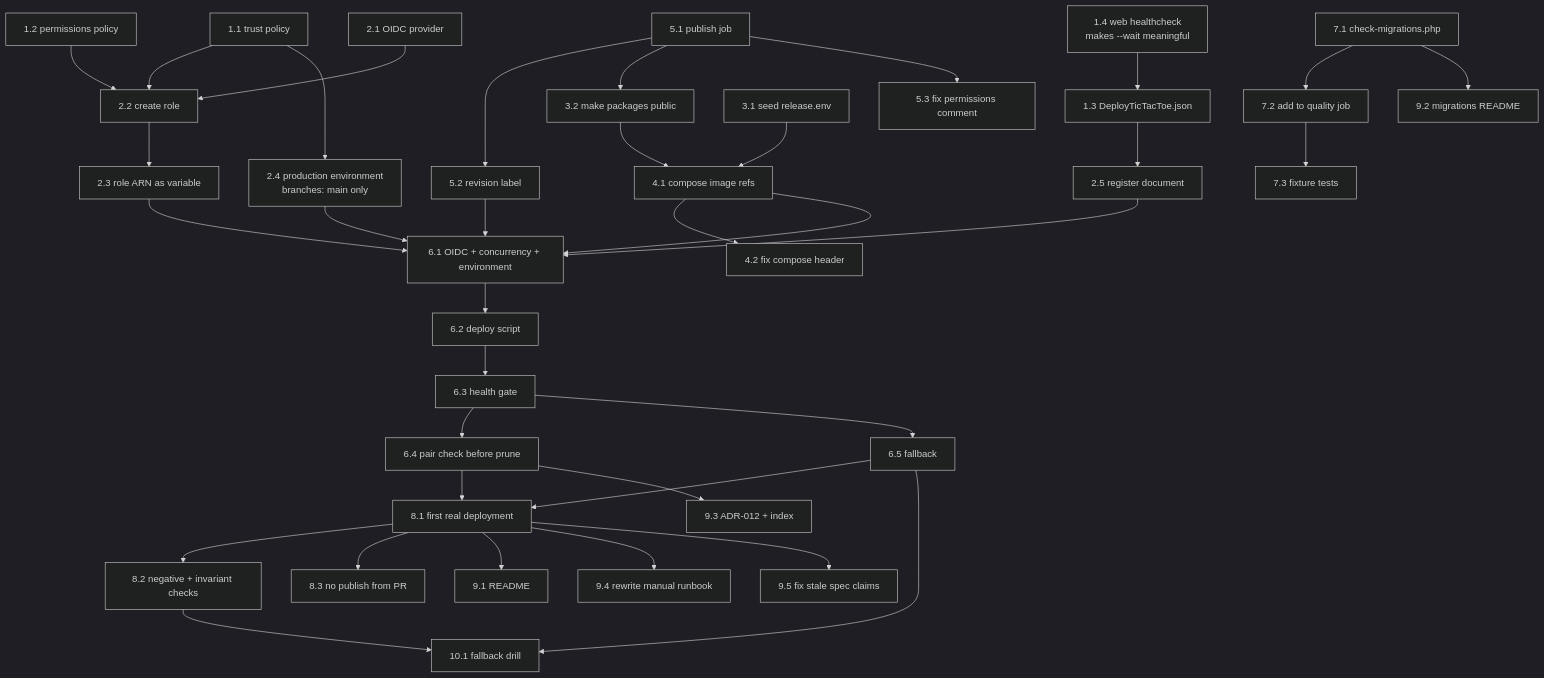
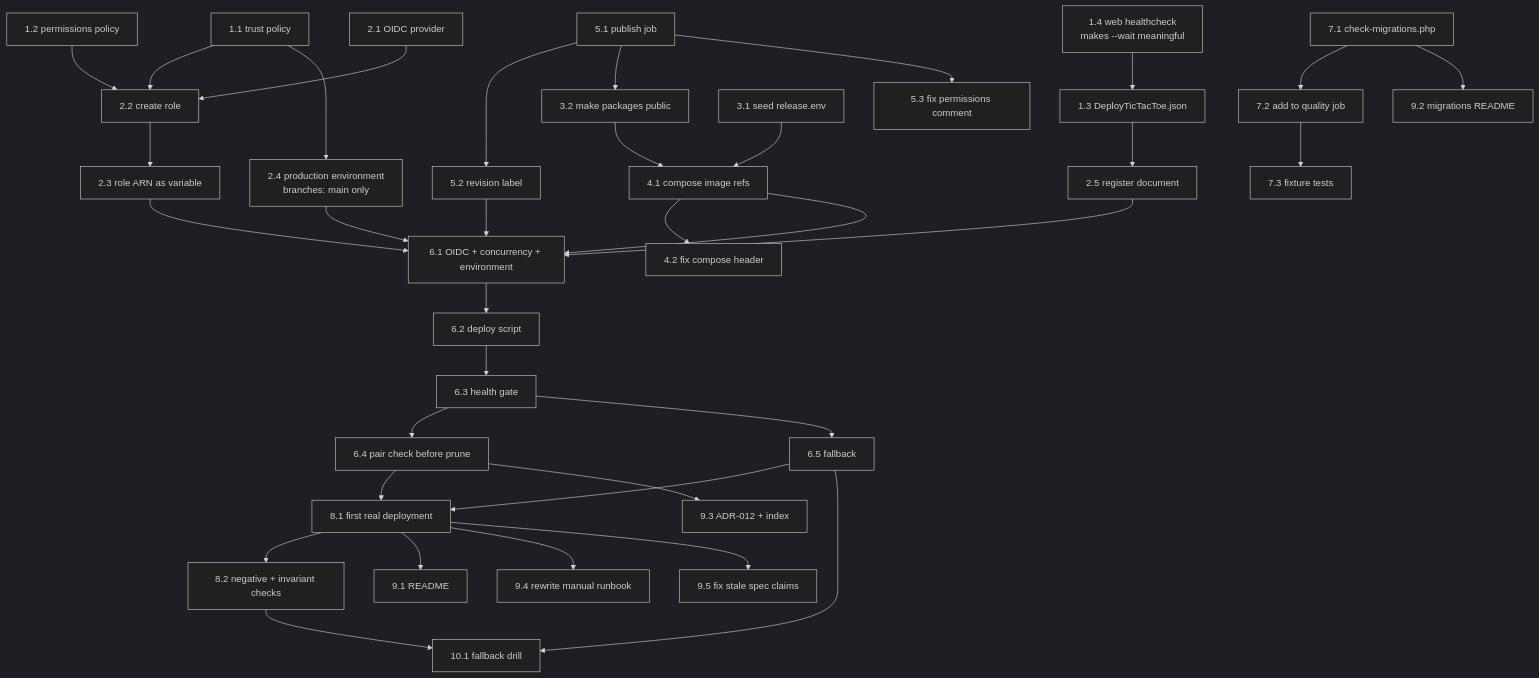
One commit to mirkovicUK/TIC-TAC-TOE changed the diagram in .kiro/specs/continuous-deployment/tasks.md. Above: the diagram before and after it, drawn with Mermaid (dark theme). The commit also changed other lines of this file and 7 other files, not shown here.

````diff
--- a/.kiro/specs/continuous-deployment/tasks.md
+++ b/.kiro/specs/continuous-deployment/tasks.md
@@ -421,45 +453,44 @@
 ```mermaid
 flowchart TD
     T11["1.1 trust policy"] --> T22["2.2 create role"]
     T12["1.2 permissions policy"] --> T22
     T21["2.1 OIDC provider"] --> T22
     T14["1.4 web healthcheck<br/>makes --wait meaningful"] --> T13["1.3 DeployTicTacToe.json"]
     T13 --> T25["2.5 register document"]
     T22 --> T23["2.3 role ARN as variable"]
     T11 --> T24["2.4 production environment<br/>branches: main only"]
 
     T51["5.1 publish job"] --> T52["5.2 revision label"]
     T51 --> T32["3.2 make packages public"]
     T51 --> T53["5.3 fix permissions comment"]
 
     T31["3.1 seed release.env"] --> T41["4.1 compose image refs"]
     T32 --> T41
     T41 --> T42["4.2 fix compose header"]
 
     T23 --> T61["6.1 OIDC + concurrency + environment"]
     T24 --> T61
     T25 --> T61
     T41 --> T61
     T52 --> T61
     T61 --> T62["6.2 deploy script"]
     T62 --> T63["6.3 health gate"]
     T63 --> T64["6.4 pair check before prune"]
     T63 --> T65["6.5 fallback"]
 
     T71["7.1 check-migrations.php"] --> T72["7.2 add to quality job"]
     T72 --> T73["7.3 fixture tests"]
 
     T64 --> T81["8.1 first real deployment"]
     T65 --> T81
     T81 --> T82["8.2 negative + invariant checks"]
-    T81 --> T83["8.3 no publish from PR"]
 
     T81 --> T91["9.1 README"]
     T81 --> T94["9.4 rewrite manual runbook"]
     T71 --> T92["9.2 migrations README"]
     T64 --> T93["9.3 ADR-012 + index"]
     T81 --> T95["9.5 fix stale spec claims"]
 
     T82 --> T101["10.1 fallback drill"]
     T65 --> T101
 ```
````
